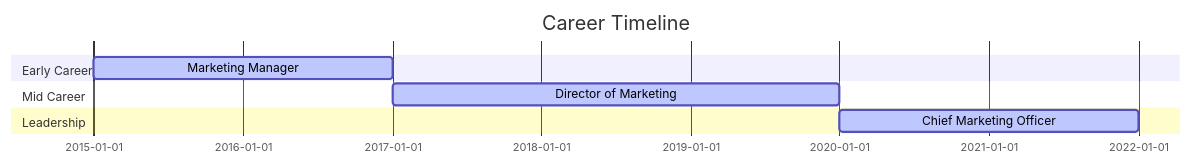
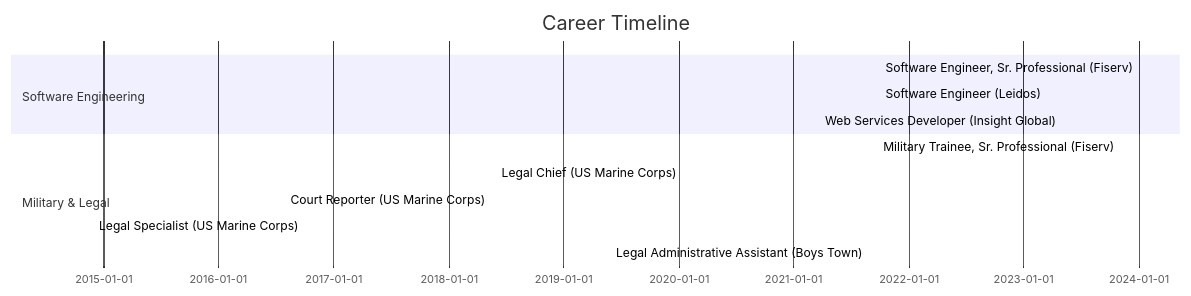
One commit to BA-CalderonMorales/BA-CalderonMorales changed the first of 2 diagrams in README.md. Above: the diagram before and after it, drawn with Mermaid. The commit also changed other lines of this file, not shown here.

````diff
--- a/README.md
+++ b/README.md
@@ -9,11 +28,15 @@
-```mermaid
+~~~mermaid
 gantt
     dateFormat  YYYY-MM-DD
     title Career Timeline
-    section Early Career
-    Marketing Manager       :active, m1, 2015-01-01, 2y
-    section Mid Career
-    Director of Marketing   :active, m2, 2017-01-01, 3y
-    section Leadership
-    Chief Marketing Officer :active, m3, 2020-01-01, 2y
-```
+    section Software Engineering
+    Software Engineer, Sr. Professional (Fiserv) :active, f1, 2024-01-01, 1y4m
+    Software Engineer (Leidos)                      :active, f2, 2021-10-01, 1y8m
+    Web Services Developer (Insight Global)         :active, f3, 2023-05-01, 7m
+    section Military & Legal
+    Military Trainee, Sr. Professional (Fiserv)       :active, m1, 2023-11-01, 3m
+    Legal Chief (US Marine Corps)                     :active, m2, 2018-06-01, 11m
+    Court Reporter (US Marine Corps)                  :active, m3, 2016-08-01, 1y10m
+    Legal Specialist (US Marine Corps)                :active, m4, 2014-12-01, 1y9m
+    Legal Administrative Assistant (Boys Town)        :active, m5, 2019-06-01, 3m
+~~~
````
